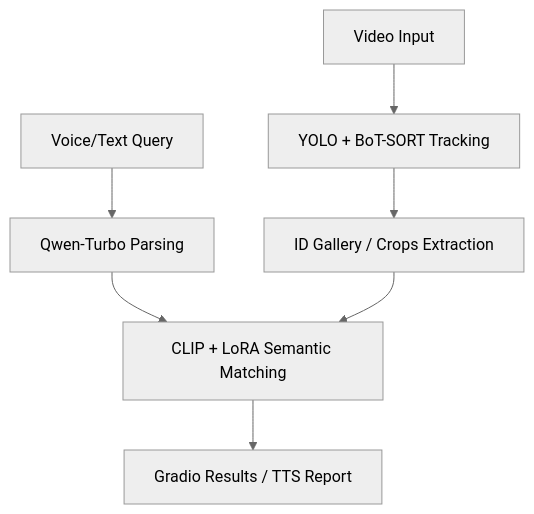
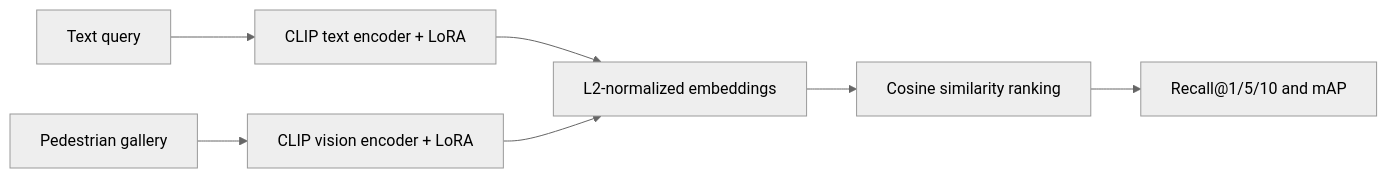
The diagram in README.md (DaVincisyy/Human-analysis), drawn with Mermaid (neutral theme) before and after one commit. The commit also changed other lines of this file and 37 other files, not shown here.

````diff
--- a/README.md
+++ b/README.md
@@ -46,9 +37,9 @@
 ```mermaid
-graph TD
-    A[Video Input] --> B[YOLO + BoT-SORT Tracking]
-    B --> C[ID Gallery / Crops Extraction]
-    D[Voice/Text Query] --> E[Qwen-Turbo Parsing]
-    E --> F[CLIP + LoRA Semantic Matching]
-    C --> F
-    F --> G[Gradio Results / TTS Report]
+flowchart LR
+    A["Text query"] --> B["CLIP text encoder + LoRA"]
+    C["Pedestrian gallery"] --> D["CLIP vision encoder + LoRA"]
+    B --> E["L2-normalized embeddings"]
+    D --> E
+    E --> F["Cosine similarity ranking"]
+    F --> G["Recall@1/5/10 and mAP"]
 ```
````
